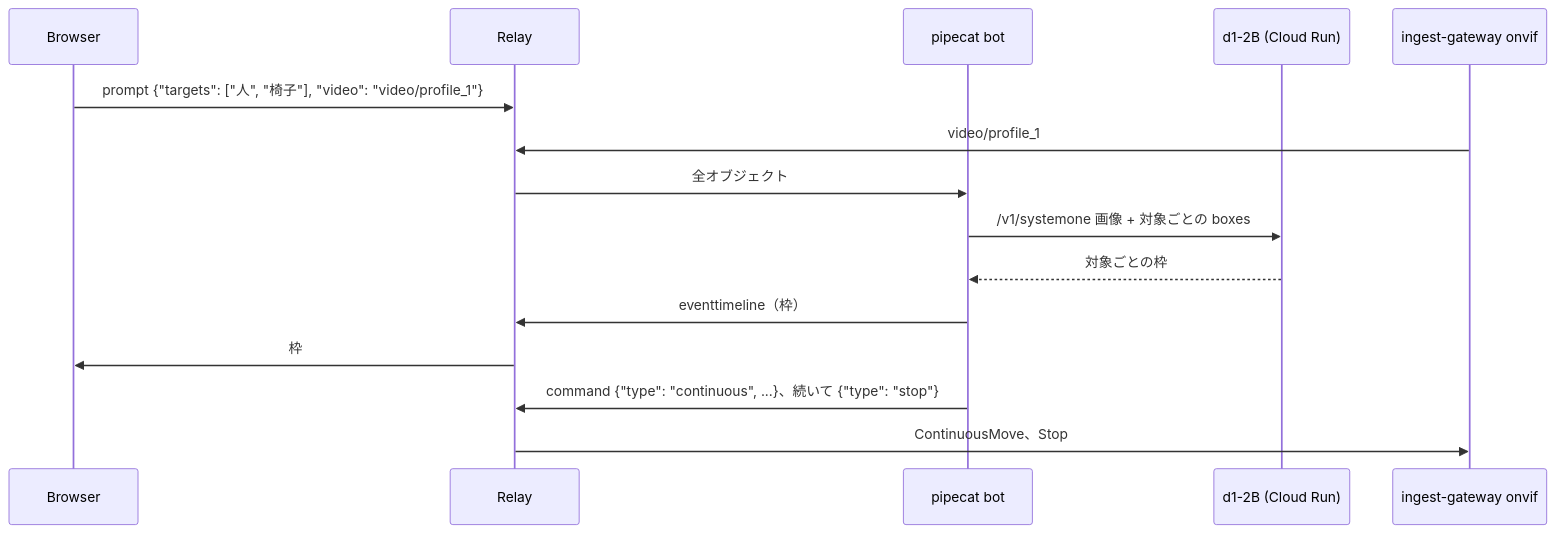
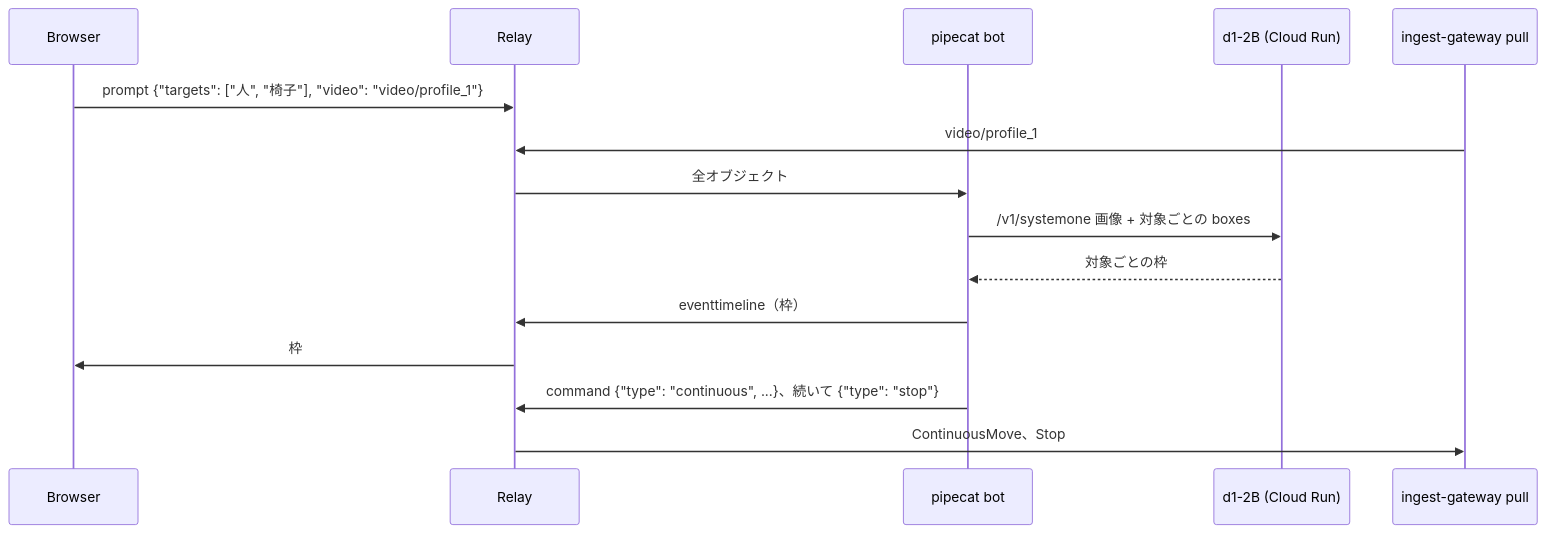
One commit to nttcom/moq-wasm changed the diagram in examples/python/moq-ptz-tracking/README.md. Above: the diagram before and after it, drawn with Mermaid. The commit also changed other lines of this file and 48 other files, not shown here.

First line of the commit message:
feat(ingest-gateway): replace the onvif subcommand with pull (#1965)

````diff
--- a/examples/python/moq-ptz-tracking/README.md
+++ b/examples/python/moq-ptz-tracking/README.md
@@ -6,17 +6,17 @@
 ```mermaid
 sequenceDiagram
     participant B as Browser
     participant R as Relay
     participant P as pipecat bot
     participant D as d1-2B (Cloud Run)
-    participant O as ingest-gateway onvif
+    participant O as ingest-gateway pull
     B->>R: prompt {"targets": ["人", "椅子"], "video": "video/profile_1"}
     O->>R: video/profile_1
     R->>P: 全オブジェクト
     P->>D: /v1/systemone 画像 + 対象ごとの boxes
     D-->>P: 対象ごとの枠
     P->>R: eventtimeline（枠）
     R->>B: 枠
     P->>R: command {"type": "continuous", ...}、続いて {"type": "stop"}
     R->>O: ContinuousMove、Stop
 ```
````
